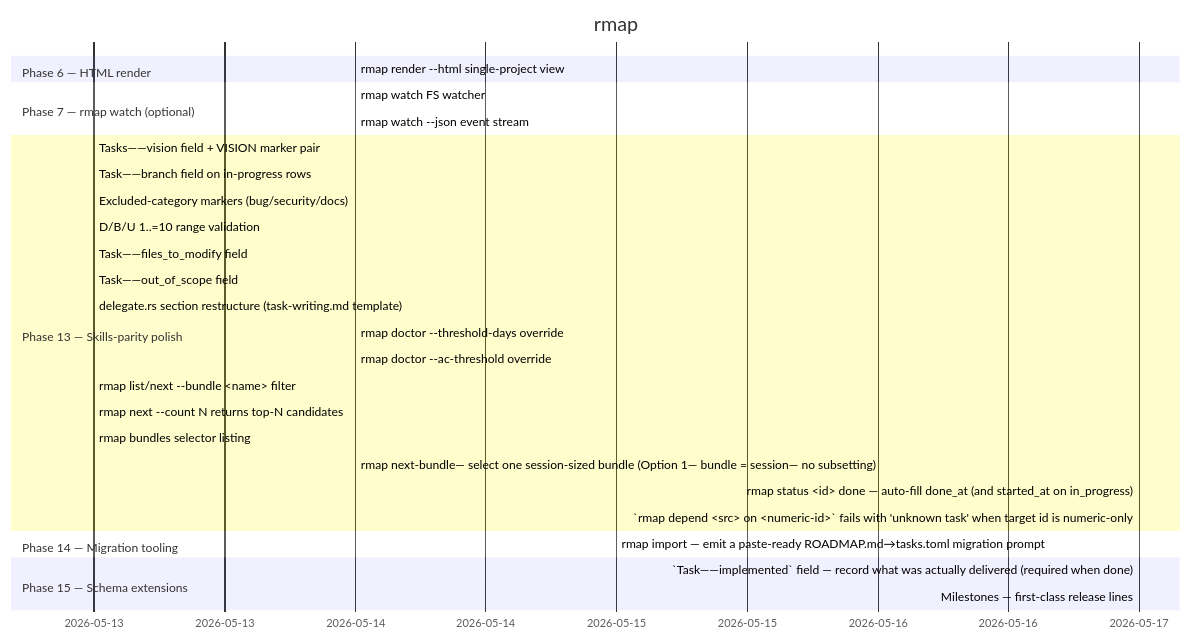
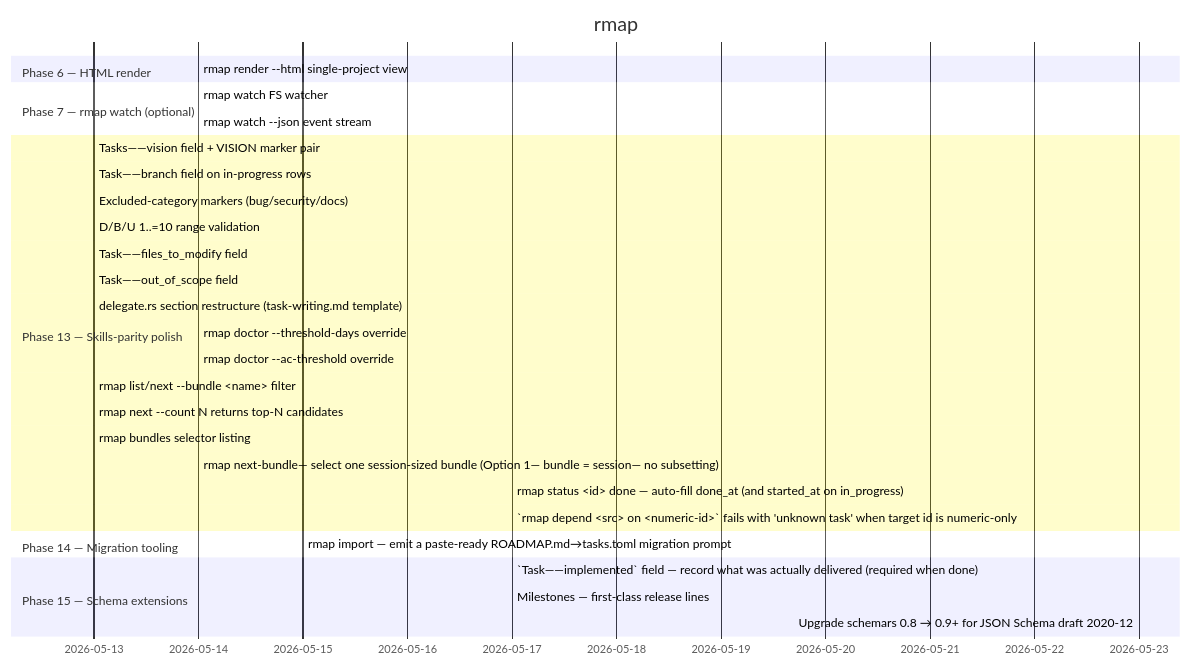
The diagram in ROADMAP.md (ZenHive/rmap), drawn with Mermaid before and after one commit. The commit also changed other lines of this file and 6 other files, not shown here.

Commit message:
phase 15 task 29 (bug): rmap new id collision on string-id roadmaps (schema_milestones bundle)

````diff
--- a/ROADMAP.md
+++ b/ROADMAP.md
@@ -14,31 +14,32 @@
 ```mermaid
 gantt
     title rmap
     dateFormat YYYY-MM-DD
     section Phase 6 — HTML render
     rmap render --html single-project view :done, 2026-05-14, 2026-05-14
     section Phase 7 — rmap watch (optional)
     rmap watch FS watcher :done, 2026-05-14, 2026-05-14
     rmap watch --json event stream :done, 2026-05-14, 2026-05-14
     section Phase 13 — Skills-parity polish
     Tasks——vision field + VISION marker pair :done, 2026-05-13, 2026-05-13
     Task——branch field on in-progress rows :done, 2026-05-13, 2026-05-13
     Excluded-category markers (bug/security/docs) :done, 2026-05-13, 2026-05-13
     D/B/U 1..=10 range validation :done, 2026-05-13, 2026-05-13
     Task——files_to_modify field :done, 2026-05-13, 2026-05-13
     Task——out_of_scope field :done, 2026-05-13, 2026-05-13
     delegate.rs section restructure (task-writing.md template) :done, 2026-05-13, 2026-05-13
     rmap doctor --threshold-days override :done, 2026-05-14, 2026-05-14
     rmap doctor --ac-threshold override :done, 2026-05-14, 2026-05-14
     rmap list/next --bundle <name> filter :done, 2026-05-13, 2026-05-13
     rmap next --count N returns top-N candidates :done, 2026-05-13, 2026-05-13
     rmap bundles selector listing :done, 2026-05-13, 2026-05-13
     rmap next-bundle— select one session-sized bundle (Option 1— bundle = session— no subsetting) :done, 2026-05-14, 2026-05-14
     rmap status <id> done — auto-fill done_at (and started_at on in_progress) :done, 2026-05-17, 2026-05-17
     `rmap depend <src> on <numeric-id>` fails with 'unknown task' when target id is numeric-only :done, 2026-05-17, 2026-05-17
     section Phase 14 — Migration tooling
     rmap import — emit a paste-ready ROADMAP.md→tasks.toml migration prompt :done, 2026-05-15, 2026-05-15
     section Phase 15 — Schema extensions
     `Task——implemented` field — record what was actually delivered (required when done) :done, 2026-05-17, 2026-05-17
     Milestones — first-class release lines :done, 2026-05-17, 2026-05-17
+    Upgrade schemars 0.8 → 0.9+ for JSON Schema draft 2020-12 :done, 2026-05-23, 2026-05-23
 ```
````
